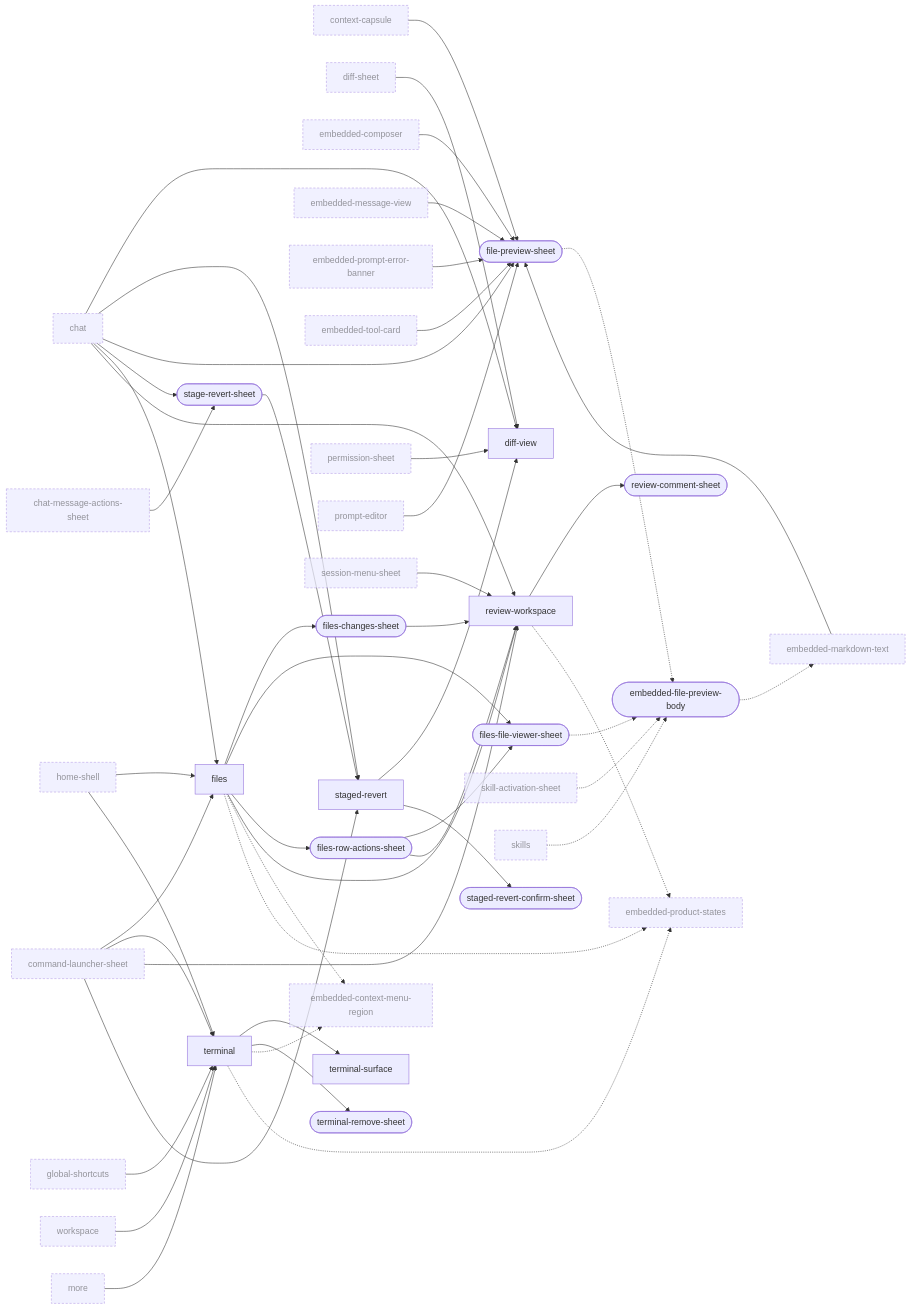
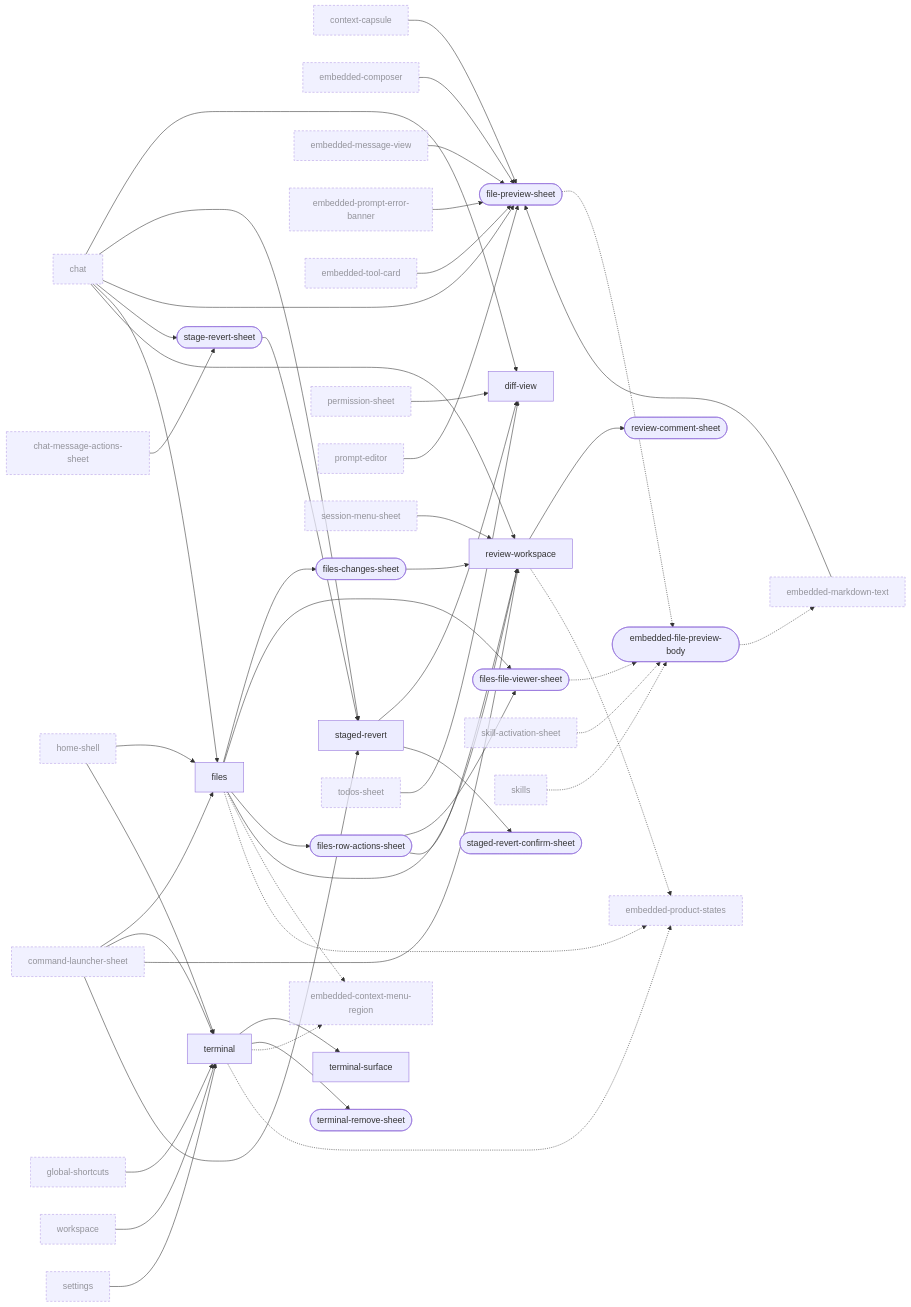
One commit to Breskott/opencode-mobile-next changed the fourth of 10 diagrams in docs/design/ui-ledger/navigation.md. Above: the diagram before and after it, drawn with Mermaid. The commit also changed other lines of this file and 17 other files, not shown here.

````diff
--- a/docs/design/ui-ledger/navigation.md
+++ b/docs/design/ui-ledger/navigation.md
@@ -569,7 +561,6 @@
   chat_message_actions_sheet["chat-message-actions-sheet"]:::ext
   command_launcher_sheet["command-launcher-sheet"]:::ext
   context_capsule["context-capsule"]:::ext
-  diff_sheet["diff-sheet"]:::ext
   diff_view["diff-view"]
   embedded_composer["embedded-composer"]:::ext
   embedded_context_menu_region["embedded-context-menu-region"]:::ext
@@ -586,12 +577,12 @@
   files_row_actions_sheet(["files-row-actions-sheet"])
   global_shortcuts["global-shortcuts"]:::ext
   home_shell["home-shell"]:::ext
-  more["more"]:::ext
   permission_sheet["permission-sheet"]:::ext
   prompt_editor["prompt-editor"]:::ext
   review_comment_sheet(["review-comment-sheet"])
   review_workspace["review-workspace"]
   session_menu_sheet["session-menu-sheet"]:::ext
+  settings["settings"]:::ext
   skill_activation_sheet["skill-activation-sheet"]:::ext
   skills["skills"]:::ext
   stage_revert_sheet(["stage-revert-sheet"])
@@ -600,6 +591,7 @@
   terminal["terminal"]
   terminal_remove_sheet(["terminal-remove-sheet"])
   terminal_surface["terminal-surface"]
+  todos_sheet["todos-sheet"]:::ext
   workspace["workspace"]:::ext
   home_shell --> files
   home_shell --> terminal
@@ -618,7 +610,6 @@
   prompt_editor --> file_preview_sheet
   embedded_message_view --> file_preview_sheet
   permission_sheet --> diff_view
-  diff_sheet --> diff_view
   embedded_tool_card --> file_preview_sheet
   embedded_markdown_text --> file_preview_sheet
   workspace --> terminal
@@ -635,7 +626,7 @@
   stage_revert_sheet --> staged_revert
   staged_revert --> diff_view
   staged_revert --> staged_revert_confirm_sheet
-  more --> terminal
+  settings --> terminal
   context_capsule --> file_preview_sheet
   files -.-> embedded_context_menu_region
   terminal -.-> embedded_context_menu_region
@@ -650,5 +641,6 @@
   files_file_viewer_sheet -.-> embedded_file_preview_body
   skill_activation_sheet -.-> embedded_file_preview_body
   skills -.-> embedded_file_preview_body
+  todos_sheet --> diff_view
   classDef ext stroke-dasharray: 4 3,opacity:0.7
 ```
````
